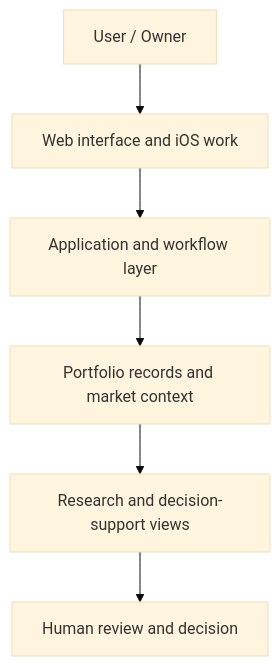
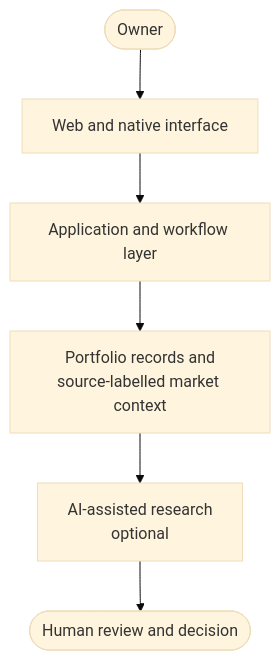
The diagram in README.md (vkentony1/wealthya-showcase), drawn with Mermaid (base theme) before and after one commit. The commit also changed other lines of this file, not shown here.

````diff
--- a/README.md
+++ b/README.md
@@ -34,8 +64,8 @@
 ```mermaid
-flowchart TD
-    A[User / Owner] --> B[Web interface and iOS work]
-    B --> C[Application and workflow layer]
-    C --> D[Portfolio records and market context]
-    D --> E[Research and decision-support views]
-    E --> F[Human review and decision]
+flowchart TB
+    Owner(["Owner"]) --> UI["Web and native interface"]
+    UI --> App["Application and workflow layer"]
+    App --> Data["Portfolio records and<br/>source-labelled market context"]
+    Data --> AI["AI-assisted research<br/>optional"]
+    AI --> Human(["Human review and decision"])
 ```
````
